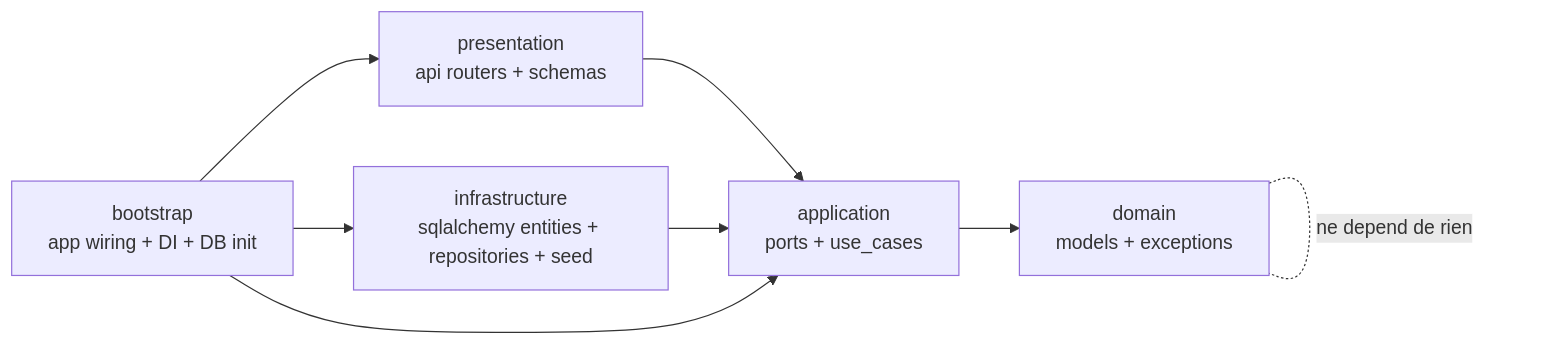
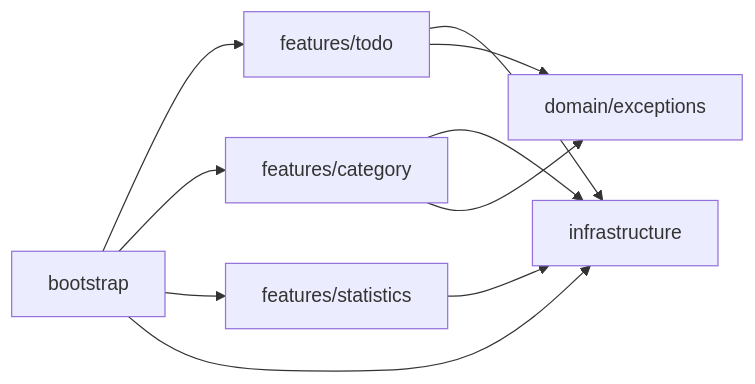
The diagram in readme.md (OlivierMCT/CD32_Reminder), drawn with Mermaid before and after one commit. The commit also changed other lines of this file and 36 other files, not shown here.

````diff
--- a/readme.md
+++ b/readme.md
@@ -40,11 +42,12 @@
 ```mermaid
 flowchart LR
-	P[presentation\napi routers + schemas] --> A[application\nports + use_cases]
-	A --> D[domain\nmodels + exceptions]
-	I[infrastructure\nsqlalchemy entities + repositories + seed] --> A
-	B[bootstrap\napp wiring + DI + DB init] --> P
-	B --> A
+	B[bootstrap] --> FT[features/todo]
+	B --> FC[features/category]
+	B --> FS[features/statistics]
+	FT --> I[infrastructure]
+	FC --> I
+	FS --> I
+	FT --> D[domain/exceptions]
+	FC --> D
 	B --> I
-
-	D -. ne depend de rien .- D
 ```
````
